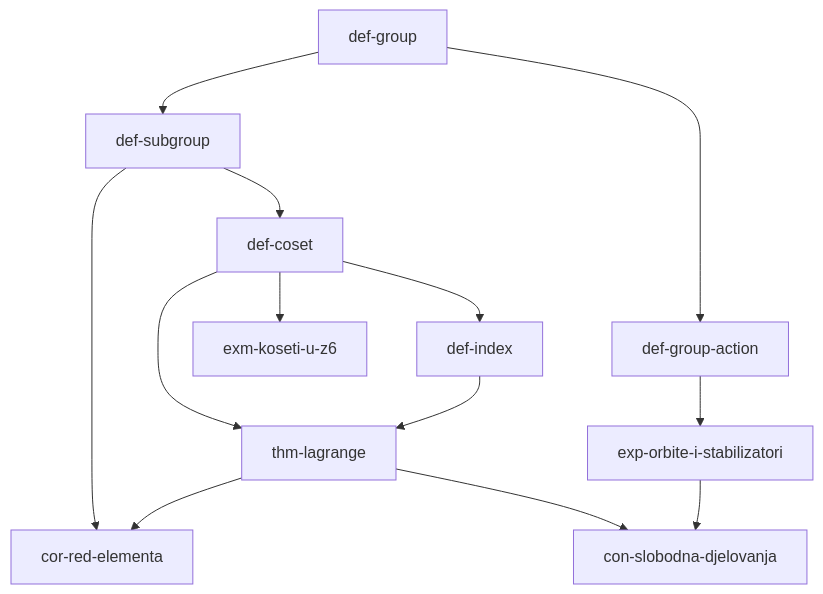
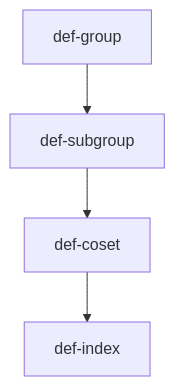
The second of 5 diagrams in examples/mini-vault/views/dag.md (matsek-fer/reader), drawn with Mermaid before and after one commit. The commit also changed other lines of this file and 8 other files, not shown here.

````diff
--- a/examples/mini-vault/views/dag.md
+++ b/examples/mini-vault/views/dag.md
@@ -7,15 +29,10 @@
 ```mermaid
 graph TD
-    def_group["def-group"] --> def_subgroup["def-subgroup"]
-    def_group --> def_group_action["def-group-action"]
-    def_subgroup --> def_coset["def-coset"]
-    def_subgroup --> cor_red_elementa["cor-red-elementa"]
-    def_coset --> def_index["def-index"]
-    def_coset --> thm_lagrange["thm-lagrange"]
-    def_coset --> exm_koseti["exm-koseti-u-z6"]
-    def_index --> thm_lagrange
-    def_group_action --> exp_orbite["exp-orbite-i-stabilizatori"]
-    thm_lagrange --> cor_red_elementa
-    thm_lagrange --> con_slobodna["con-slobodna-djelovanja"]
-    exp_orbite --> con_slobodna
+    def_group["def-group"]
+    def_subgroup["def-subgroup"]
+    def_coset["def-coset"]
+    def_index["def-index"]
+    def_subgroup --> def_coset
+    def_coset --> def_index
+    def_group --> def_subgroup
 ```
````
